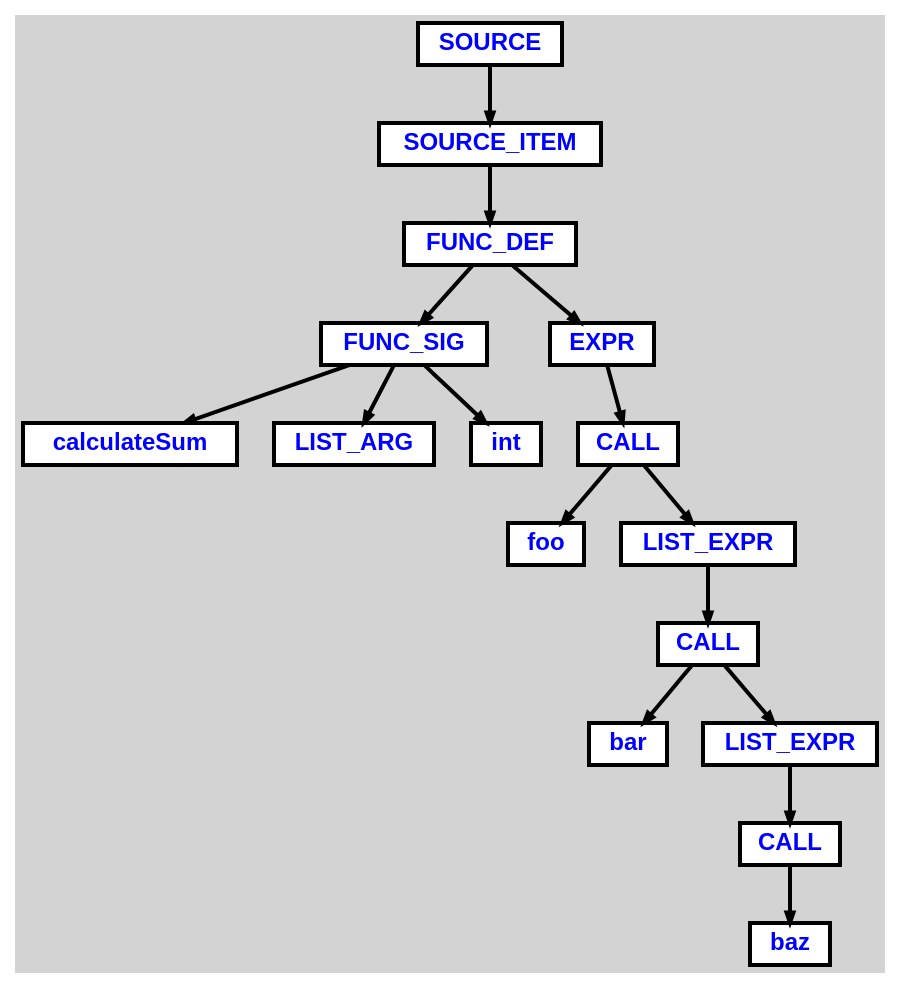
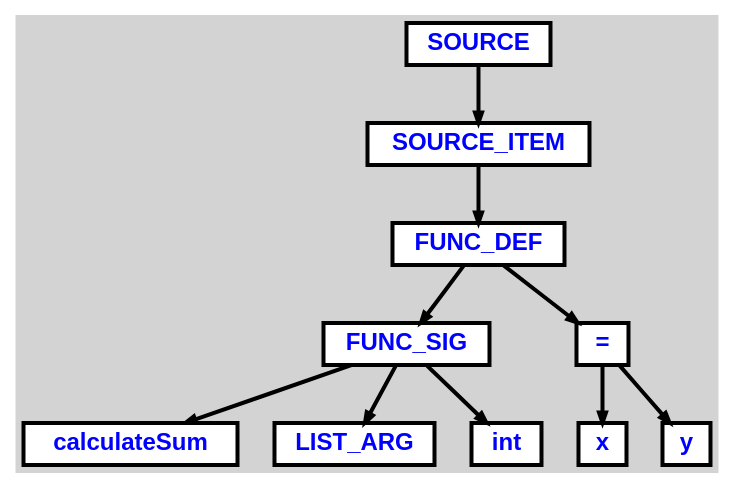
The diagram in Lab-1/src/tree.dot (popov-p/itmo-spo-2024), drawn with Graphviz before and after one commit. The commit also changed 27 other files, not shown here.

```diff
--- a/Lab-1/src/tree.dot
+++ b/Lab-1/src/tree.dot
@@ -1,43 +1,31 @@
 digraph {
 
 	ordering=out;
 	ranksep=.4;
 	bgcolor="lightgrey";  node [shape=box, fixedsize=false, fontsize=12, fontname="Helvetica-bold", fontcolor="blue"
 	width=.25, height=.25, color="black", fillcolor="white", style="filled, solid, bold"];
 
 	edge [arrowsize=.5, color="black", style="bold"]
 
-	n0x7f3ecf36fc20[label="SOURCE"]
-	n0x7f3ecf36fae8[label="SOURCE_ITEM"]
-	n0x7f3ecf36dc70[label="FUNC_DEF"]
-	n0x7f3ecf3653f0[label="FUNC_SIG"]
-	n0x7f3ecf365180[label="calculateSum"]
-	n0x7f3ecf3652b8[label="LIST_ARG"]
-	n0x7f3ecf365660[label="int"]
-	n0x7f3ecf36f9b0[label="EXPR"]
-	n0x7f3ecf36f878[label="CALL"]
-	n0x7f3ecf36eb10[label="foo"]
-	n0x7f3ecf36f740[label="LIST_EXPR"]
-	n0x7f3ecf36f608[label="CALL"]
-	n0x7f3ecf36eeb8[label="bar"]
-	n0x7f3ecf36f4d0[label="LIST_EXPR"]
-	n0x7f3ecf36f398[label="CALL"]
-	n0x7f3ecf36f260[label="baz"]
+	n0x7ca3d8c72770[label="SOURCE"]
+	n0x7ca3d8c72638[label="SOURCE_ITEM"]
+	n0x7ca3d8c72500[label="FUNC_DEF"]
+	n0x7ca3d8c713f0[label="FUNC_SIG"]
+	n0x7ca3d8c71180[label="calculateSum"]
+	n0x7ca3d8c712b8[label="LIST_ARG"]
+	n0x7ca3d8c71660[label="int"]
+	n0x7ca3d8c72290[label="="]
+	n0x7ca3d8c72020[label="x"]
+	n0x7ca3d8c723c8[label="y"]
 
-		n0x7f3ecf36fc20 -> n0x7f3ecf36fae8		// SOURCE -> SOURCE_ITEM
-		n0x7f3ecf36fae8 -> n0x7f3ecf36dc70		// SOURCE_ITEM -> FUNC_DEF
-		n0x7f3ecf36dc70 -> n0x7f3ecf3653f0		// FUNC_DEF -> FUNC_SIG
-		n0x7f3ecf3653f0 -> n0x7f3ecf365180		// FUNC_SIG -> calculateSum
-		n0x7f3ecf3653f0 -> n0x7f3ecf3652b8		// FUNC_SIG -> LIST_ARG
-		n0x7f3ecf3653f0 -> n0x7f3ecf365660		// FUNC_SIG -> int
-		n0x7f3ecf36dc70 -> n0x7f3ecf36f9b0		// FUNC_DEF -> EXPR
-		n0x7f3ecf36f9b0 -> n0x7f3ecf36f878		// EXPR -> CALL
-		n0x7f3ecf36f878 -> n0x7f3ecf36eb10		// CALL -> foo
-		n0x7f3ecf36f878 -> n0x7f3ecf36f740		// CALL -> LIST_EXPR
-		n0x7f3ecf36f740 -> n0x7f3ecf36f608		// LIST_EXPR -> CALL
-		n0x7f3ecf36f608 -> n0x7f3ecf36eeb8		// CALL -> bar
-		n0x7f3ecf36f608 -> n0x7f3ecf36f4d0		// CALL -> LIST_EXPR
-		n0x7f3ecf36f4d0 -> n0x7f3ecf36f398		// LIST_EXPR -> CALL
-		n0x7f3ecf36f398 -> n0x7f3ecf36f260		// CALL -> baz
+		n0x7ca3d8c72770 -> n0x7ca3d8c72638		// SOURCE -> SOURCE_ITEM
+		n0x7ca3d8c72638 -> n0x7ca3d8c72500		// SOURCE_ITEM -> FUNC_DEF
+		n0x7ca3d8c72500 -> n0x7ca3d8c713f0		// FUNC_DEF -> FUNC_SIG
+		n0x7ca3d8c713f0 -> n0x7ca3d8c71180		// FUNC_SIG -> calculateSum
+		n0x7ca3d8c713f0 -> n0x7ca3d8c712b8		// FUNC_SIG -> LIST_ARG
+		n0x7ca3d8c713f0 -> n0x7ca3d8c71660		// FUNC_SIG -> int
+		n0x7ca3d8c72500 -> n0x7ca3d8c72290		// FUNC_DEF -> =
+		n0x7ca3d8c72290 -> n0x7ca3d8c72020		// = -> x
+		n0x7ca3d8c72290 -> n0x7ca3d8c723c8		// = -> y
 
 }
```
